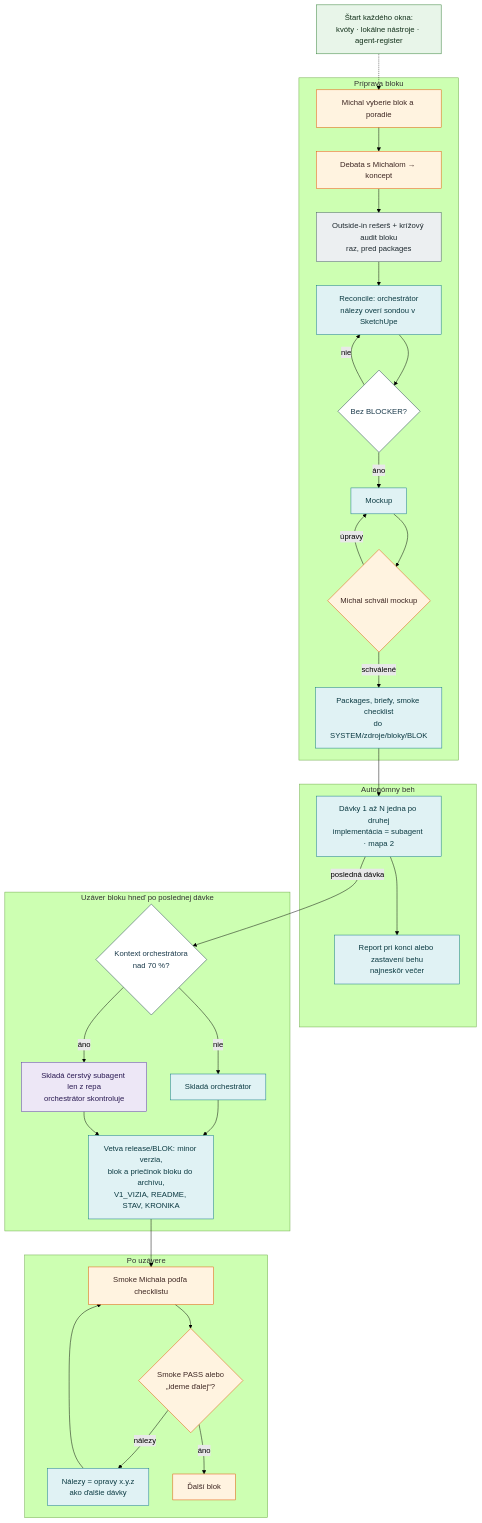
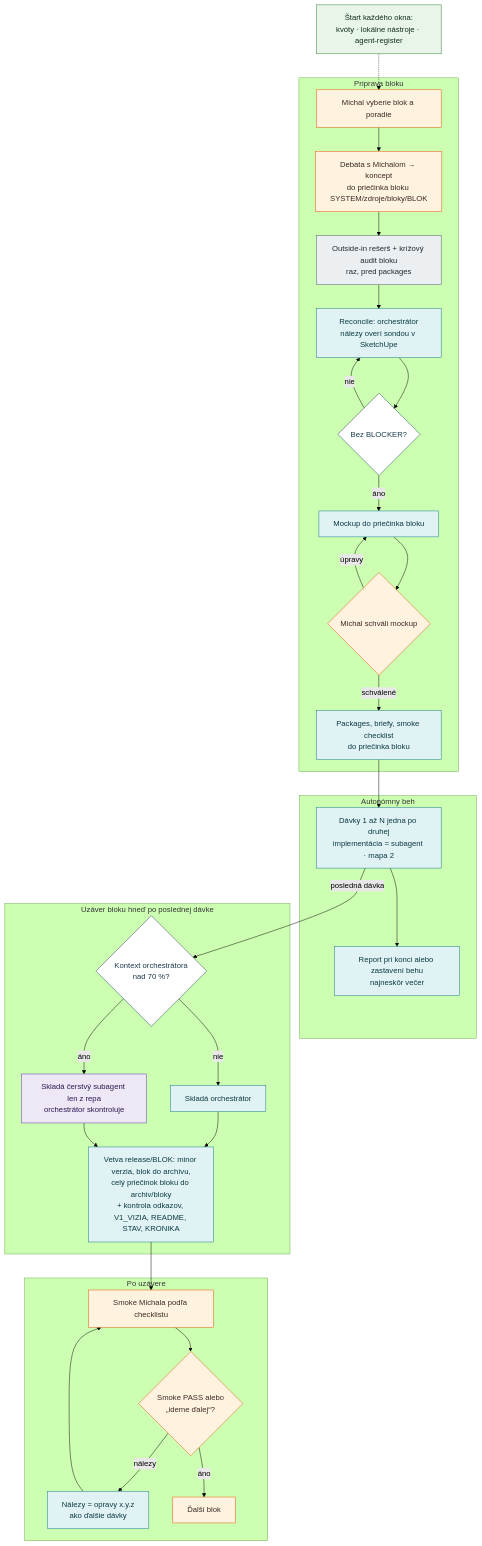
One commit to michalmoronga-alt/noxun-panel changed the first of 3 diagrams in SYSTEM/WORKFLOW.md. Above: the diagram before and after it, drawn with Mermaid (forest theme). The commit also changed other lines of this file and 5 other files, not shown here.

````diff
--- a/SYSTEM/WORKFLOW.md
+++ b/SYSTEM/WORKFLOW.md
@@ -50,59 +51,59 @@
 ```mermaid
 flowchart TD
   W["Štart každého okna:<br/>kvóty · lokálne nástroje · agent-register"]:::auto
   subgraph PRIP["Príprava bloku"]
     A["Michal vyberie blok a poradie"]:::michal
-    B["Debata s Michalom → koncept"]:::michal
+    B["Debata s Michalom → koncept<br/>do priečinka bloku SYSTEM/zdroje/bloky/BLOK"]:::michal
     C["Outside-in rešerš + krížový audit bloku<br/>raz, pred packages"]:::ext
     D["Reconcile: orchestrátor<br/>nálezy overí sondou v SketchUpe"]:::orch
     G1{"Bez BLOCKER?"}:::gate
-    F["Mockup"]:::orch
+    F["Mockup do priečinka bloku"]:::orch
     G2{"Michal schváli mockup"}:::gateM
-    H["Packages, briefy, smoke checklist<br/>do SYSTEM/zdroje/bloky/BLOK"]:::orch
+    H["Packages, briefy, smoke checklist<br/>do priečinka bloku"]:::orch
   end
   subgraph REAL["Autonómny beh"]
     I["Dávky 1 až N jedna po druhej<br/>implementácia = subagent · mapa 2"]:::orch
     RP["Report pri konci alebo zastavení behu<br/>najneskôr večer"]:::orch
   end
   subgraph UZ["Uzáver bloku hneď po poslednej dávke"]
     K{"Kontext orchestrátora<br/>nad 70 %?"}:::gate
     L1["Skladá orchestrátor"]:::orch
     L2["Skladá čerstvý subagent len z repa<br/>orchestrátor skontroluje"]:::sub
-    L["Vetva release/BLOK: minor verzia,<br/>blok a priečinok bloku do archívu,<br/>V1_VIZIA, README, STAV, KRONIKA"]:::orch
+    L["Vetva release/BLOK: minor verzia, blok do archívu,<br/>celý priečinok bloku do archiv/bloky<br/>+ kontrola odkazov, V1_VIZIA, README, STAV, KRONIKA"]:::orch
   end
   subgraph PO["Po uzávere"]
     J["Smoke Michala podľa checklistu"]:::michal
     N{"Smoke PASS alebo<br/>„ideme ďalej“?"}:::gateM
     O["Nálezy = opravy x.y.z<br/>ako ďalšie dávky"]:::orch
     NB["Ďalší blok"]:::michal
   end
   W -.-> A
   A --> B
   B --> C
   C --> D
   D --> G1
   G1 -->|"nie"| D
   G1 -->|"áno"| F
   F --> G2
   G2 -->|"úpravy"| F
   G2 -->|"schválené"| H
   H --> I
   I --> RP
   I -->|"posledná dávka"| K
   K -->|"nie"| L1
   K -->|"áno"| L2
   L1 --> L
   L2 --> L
   L --> J
   J --> N
   N -->|"nálezy"| O
   O --> J
   N -->|"áno"| NB
   classDef michal fill:#fff3e0,stroke:#e65100,color:#3e2723
   classDef orch fill:#e0f2f4,stroke:#107787,color:#0b3a42
   classDef sub fill:#ede7f6,stroke:#5e35b1,color:#2a1a52
   classDef ext fill:#eceff1,stroke:#455a64,color:#1f2a30
   classDef auto fill:#e8f5e9,stroke:#2e7d32,color:#12301a
   classDef gate fill:#ffffff,stroke:#1b3a4b,color:#1b3a4b
   classDef gateM fill:#fff3e0,stroke:#e65100,color:#3e2723
 ```
````
